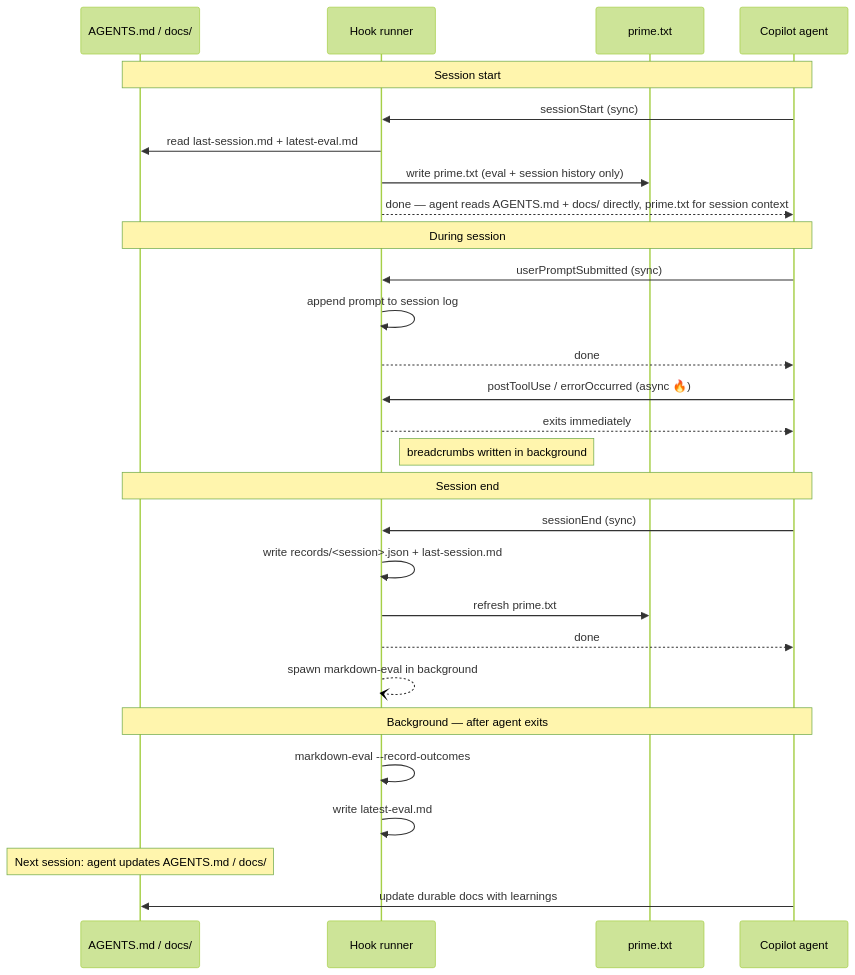
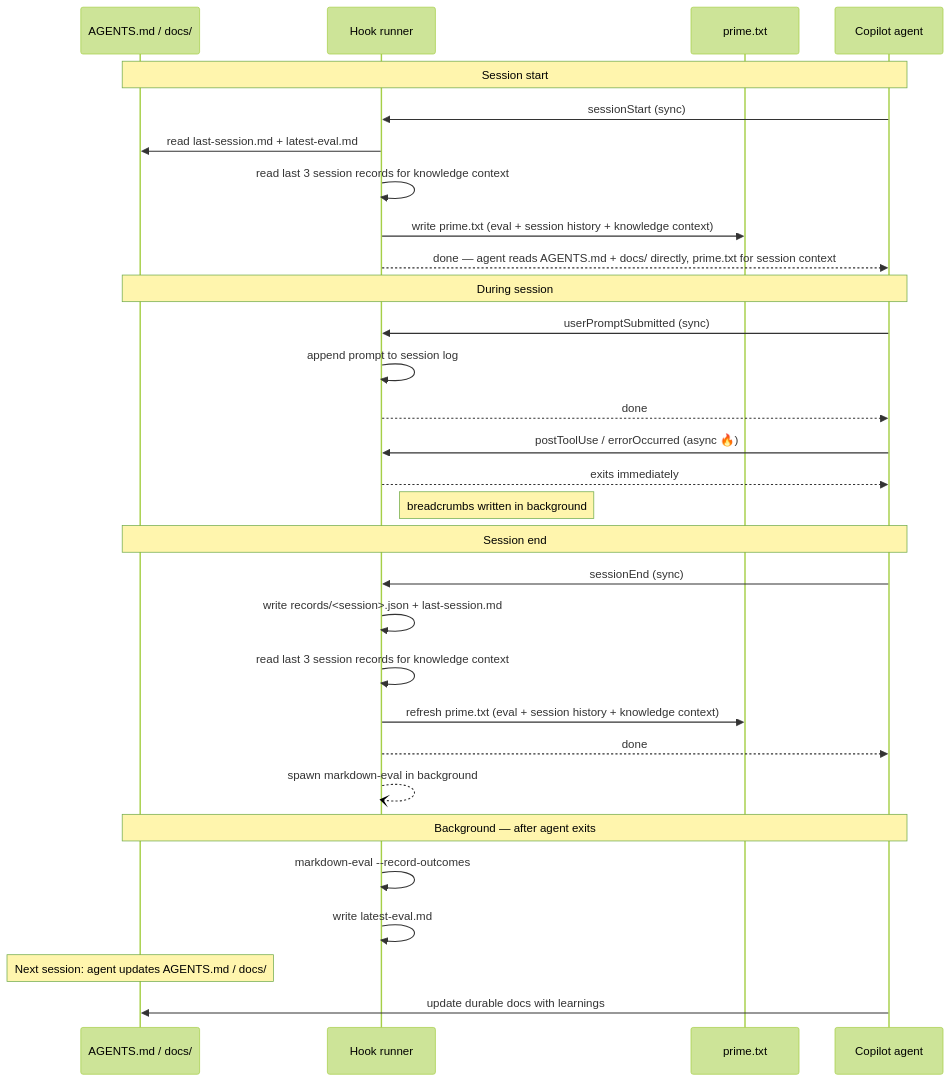
Before and after one commit to mark-hingston/sloop: the diagram in docs/hooks.md, drawn with Mermaid (forest theme). The commit also changed other lines of this file and 6 other files, not shown here.

First line of the commit message:
Update hooks diagram and learning quality docs to reflect knowledge context

````diff
--- a/docs/hooks.md
+++ b/docs/hooks.md
@@ -25,36 +25,38 @@
 ```mermaid
 sequenceDiagram
     participant A as AGENTS.md / docs/
     participant H as Hook runner
     participant P as prime.txt
     participant C as Copilot agent
 
     Note over A,C: Session start
     C->>H: sessionStart (sync)
     H->>A: read last-session.md + latest-eval.md
-    H->>P: write prime.txt (eval + session history only)
+    H->>H: read last 3 session records for knowledge context
+    H->>P: write prime.txt (eval + session history + knowledge context)
     H-->>C: done — agent reads AGENTS.md + docs/ directly, prime.txt for session context
 
     Note over A,C: During session
     C->>H: userPromptSubmitted (sync)
     H->>H: append prompt to session log
     H-->>C: done
 
     C->>H: postToolUse / errorOccurred (async 🔥)
     H-->>C: exits immediately
     Note right of H: breadcrumbs written in background
 
     Note over A,C: Session end
     C->>H: sessionEnd (sync)
     H->>H: write records/<session>.json + last-session.md
-    H->>P: refresh prime.txt
+    H->>H: read last 3 session records for knowledge context
+    H->>P: refresh prime.txt (eval + session history + knowledge context)
     H-->>C: done
     H--)H: spawn markdown-eval in background
 
     Note over A,C: Background — after agent exits
     H->>H: markdown-eval --record-outcomes
     H->>H: write latest-eval.md
 
     Note over A: Next session: agent updates AGENTS.md / docs/
     C->>A: update durable docs with learnings
 ```
````
